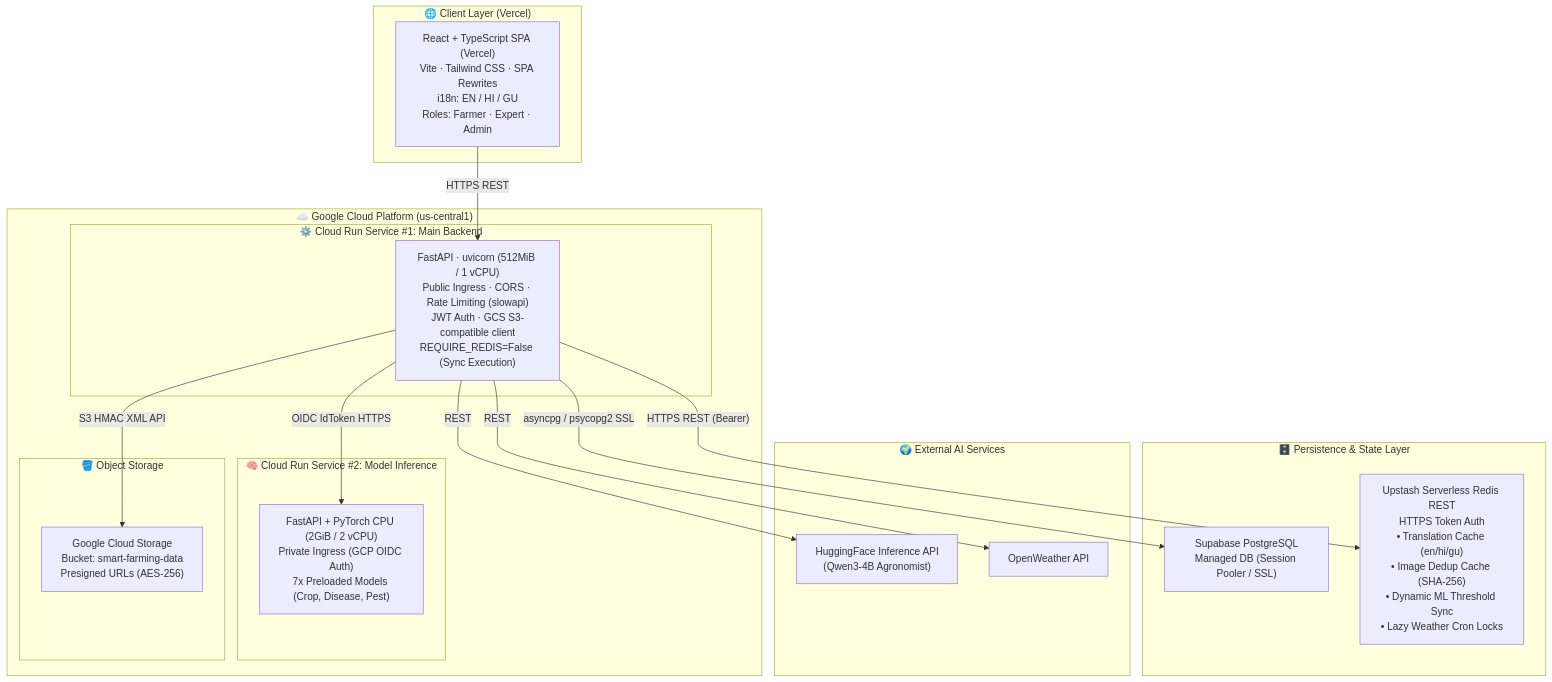
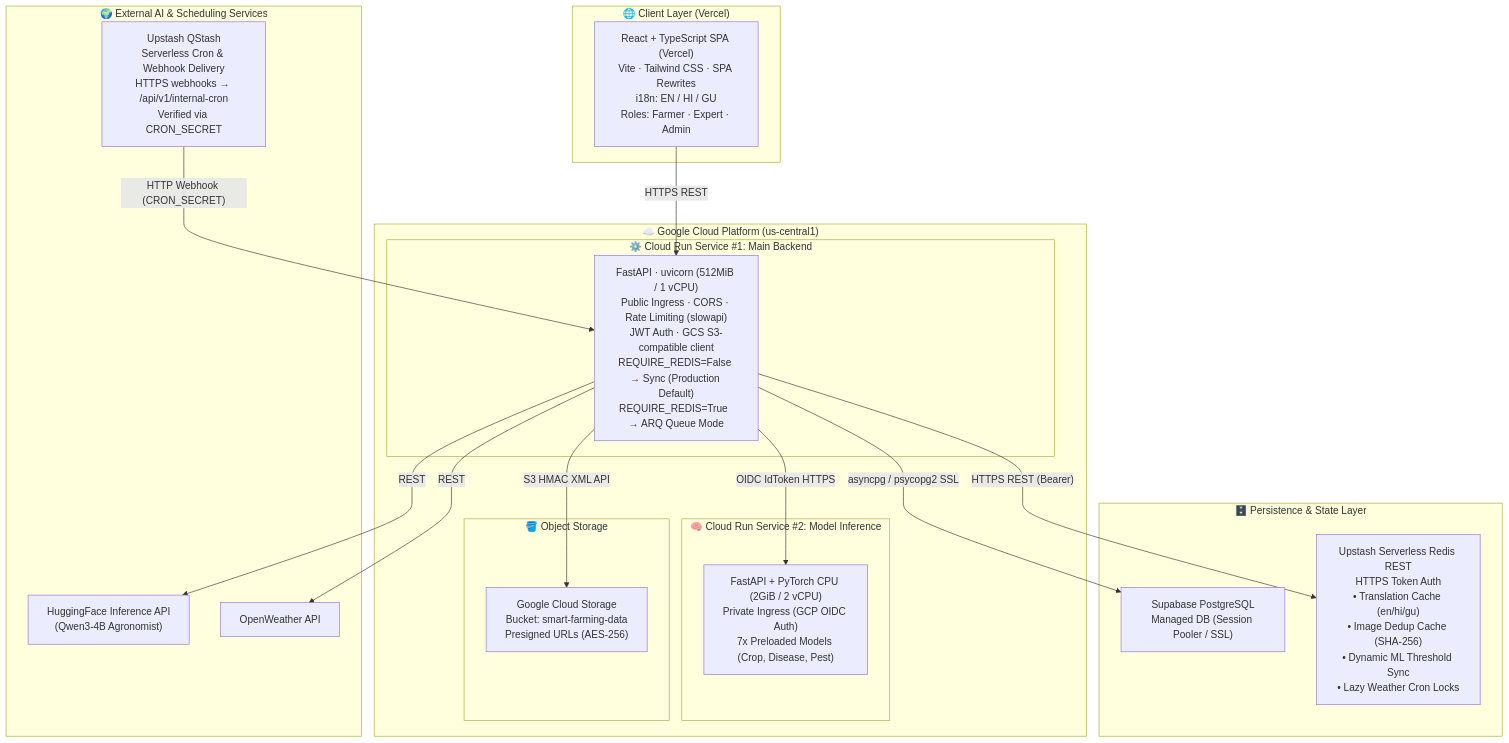
One commit to manthan2876/Smart-Farming changed the first of 11 diagrams in Docs/Architecture.md. Above: the diagram before and after it, drawn with Mermaid. The commit also changed other lines of this file and 13 other files, not shown here.

Commit message:
docs: align all architecture, API, UI, and functionality status specs with codebase

````diff
--- a/Docs/Architecture.md
+++ b/Docs/Architecture.md
@@ -53,38 +53,40 @@
 ```mermaid
 flowchart TD
     subgraph CLIENT["🌐 Client Layer (Vercel)"]
         SPA["React + TypeScript SPA (Vercel)\nVite · Tailwind CSS · SPA Rewrites\ni18n: EN / HI / GU\nRoles: Farmer · Expert · Admin"]
     end
 
     subgraph GCP["☁️ Google Cloud Platform (us-central1)"]
         subgraph GATEWAY["⚙️ Cloud Run Service #1: Main Backend"]
-            API["FastAPI · uvicorn (512MiB / 1 vCPU)\nPublic Ingress · CORS · Rate Limiting (slowapi)\nJWT Auth · GCS S3-compatible client\nREQUIRE_REDIS=False (Sync Execution)"]
+            API["FastAPI · uvicorn (512MiB / 1 vCPU)\nPublic Ingress · CORS · Rate Limiting (slowapi)\nJWT Auth · GCS S3-compatible client\nREQUIRE_REDIS=False → Sync (Production Default)\nREQUIRE_REDIS=True  → ARQ Queue Mode"]
         end
 
         subgraph INFERENCE["🧠 Cloud Run Service #2: Model Inference"]
             INF["FastAPI + PyTorch CPU (2GiB / 2 vCPU)\nPrivate Ingress (GCP OIDC Auth)\n7x Preloaded Models (Crop, Disease, Pest)"]
         end
 
         subgraph OBJ["🪣 Object Storage"]
             GCS["Google Cloud Storage\nBucket: smart-farming-data\nPresigned URLs (AES-256)"]
         end
     end
 
     subgraph PERSIST["🗄️ Persistence & State Layer"]
         DB["Supabase PostgreSQL\nManaged DB (Session Pooler / SSL)"]
         UPSTASH["Upstash Serverless Redis REST\nHTTPS Token Auth\n• Translation Cache (en/hi/gu)\n• Image Dedup Cache (SHA-256)\n• Dynamic ML Threshold Sync\n• Lazy Weather Cron Locks"]
     end
 
-    subgraph EXTERNAL["🌍 External AI Services"]
+    subgraph EXTERNAL["🌍 External AI & Scheduling Services"]
         HF["HuggingFace Inference API\n(Qwen3-4B Agronomist)"]
         OWM["OpenWeather API"]
+        QSTASH["Upstash QStash\nServerless Cron & Webhook Delivery\nHTTPS webhooks → /api/v1/internal-cron\nVerified via CRON_SECRET"]
     end
 
     SPA -- "HTTPS REST" --> API
     API -- "OIDC IdToken HTTPS" --> INF
     API -- "S3 HMAC XML API" --> GCS
     API -- "asyncpg / psycopg2 SSL" --> DB
     API -- "HTTPS REST (Bearer)" --> UPSTASH
     API -- "REST" --> HF
     API -- "REST" --> OWM
+    QSTASH -- "HTTP Webhook (CRON_SECRET)" --> API
 ```
````
